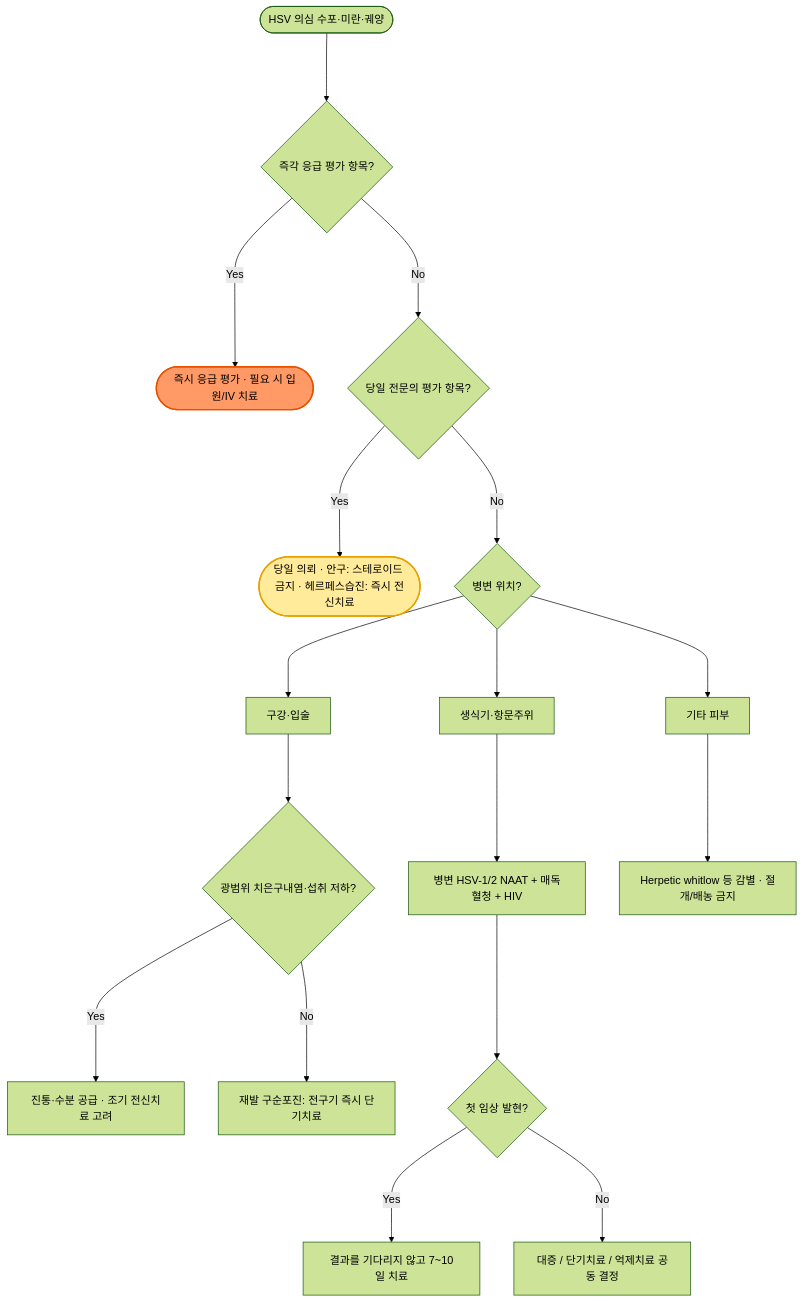
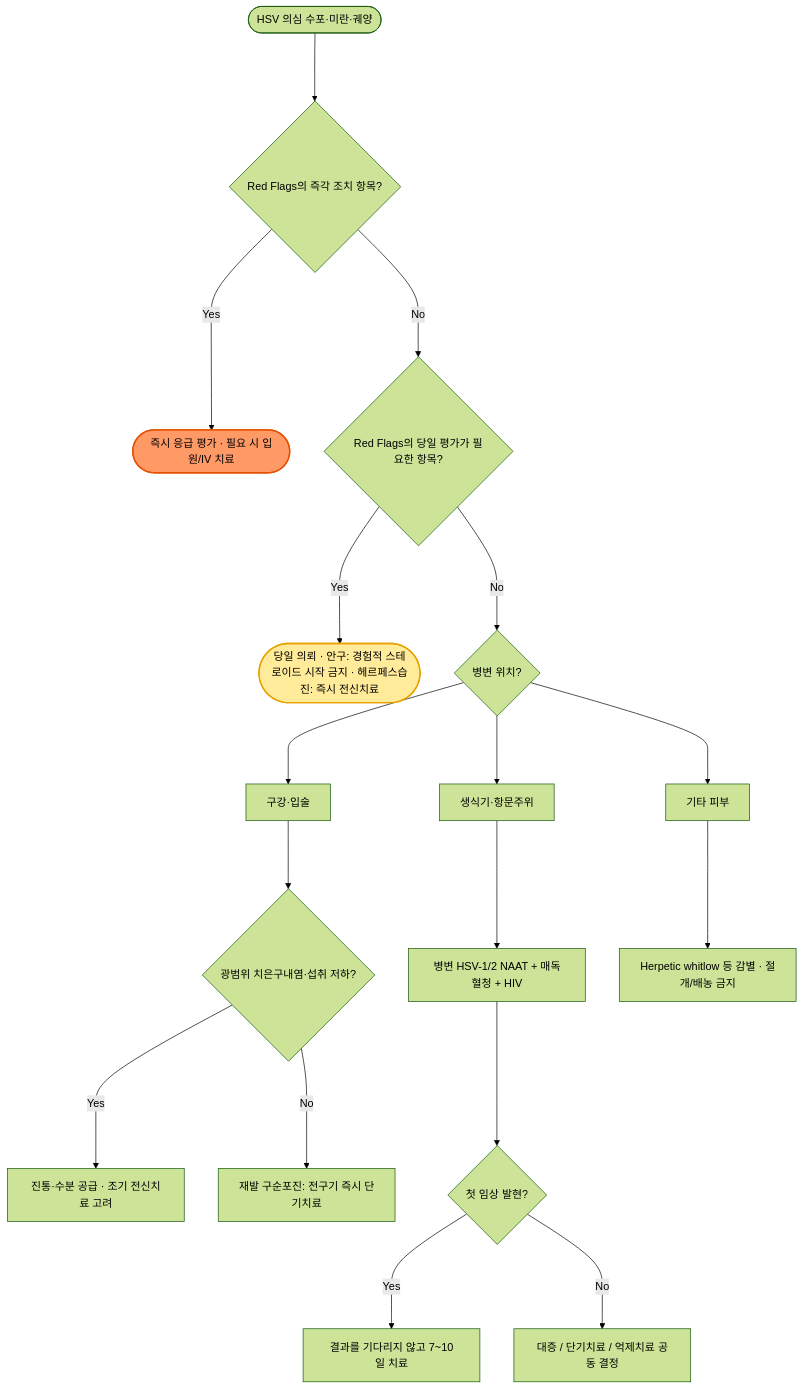
One commit to familyoh77/familyoh77 changed the diagram in 229_/181_-herpes-simplex.md. Above: the diagram before and after it, drawn with Mermaid (forest theme). The commit also changed other lines of this file and 9 other files, not shown here.

````diff
--- a/229_/181_-herpes-simplex.md
+++ b/229_/181_-herpes-simplex.md
@@ -168,21 +171,21 @@
 ```mermaid
 flowchart TD
-    A(["HSV 의심 수포·미란·궤양"]) ---> B{"즉각 응급 평가 항목?"}
+    A(["HSV 의심 수포·미란·궤양"]) ---> B{"Red Flags의 즉각 조치 항목?"}
     B --->|Yes| C(["즉시 응급 평가 · 필요 시 입원/IV 치료"])
-    B --->|No| R{"당일 전문의 평가 항목?"}
-    R --->|Yes| S(["당일 의뢰 · 안구: 스테로이드 금지 · 헤르페스습진: 즉시 전신치료"])
+    B --->|No| R{"Red Flags의 당일 평가가 필요한 항목?"}
+    R --->|Yes| S(["당일 의뢰 · 안구: 경험적 스테로이드 시작 금지 · 헤르페스습진: 즉시 전신치료"])
     R --->|No| D{"병변 위치?"}
     D ---> E["구강·입술"]
     D ---> F["생식기·항문주위"]
     D ---> G["기타 피부"]
     E ---> H{"광범위 치은구내염·섭취 저하?"}
     H --->|Yes| I["진통·수분 공급 · 조기 전신치료 고려"]
     H --->|No| J["재발 구순포진: 전구기 즉시 단기치료"]
     F ---> K["병변 HSV-1/2 NAAT + 매독혈청 + HIV"]
     K ---> L{"첫 임상 발현?"}
     L --->|Yes| M["결과를 기다리지 않고 7~10일 치료"]
     L --->|No| N["대증 / 단기치료 / 억제치료 공동 결정"]
     G ---> Q["Herpetic whitlow 등 감별 · 절개/배농 금지"]
     style C fill:#f96,stroke:#e65100,stroke-width:2px
     style S fill:#ffeb99,stroke:#e6a100,stroke-width:2px
 ```
````
